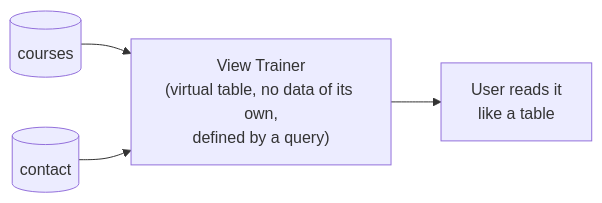
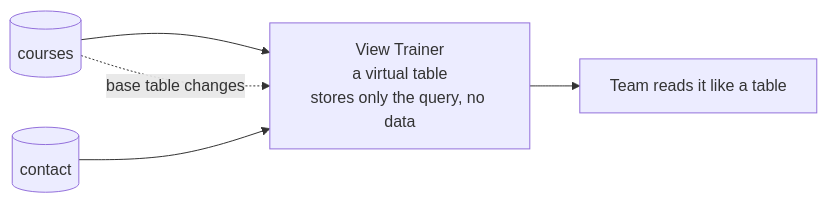
One commit to aaryan-pradhan/core-cs-fundamentals changed the ninth of 9 diagrams in dbms/09-sql.md. Above: the diagram before and after it, drawn with Mermaid. The commit also changed other lines of this file, not shown here.

````diff
--- a/dbms/09-sql.md
+++ b/dbms/09-sql.md
@@ -457,6 +325,7 @@
-   ```mermaid
-   flowchart LR
-     T1[("courses")] --> V["View Trainer<br/>(virtual table, no data of its own,<br/>defined by a query)"]
-     T2[("contact")] --> V
-     V --> U["User reads it<br/>like a table"]
-   ```
+```mermaid
+flowchart LR
+  T1[("courses")] --> V["View Trainer<br/>a virtual table<br/>stores only the query, no data"]
+  T2[("contact")] --> V
+  V --> U["Team reads it like a table"]
+  T1 -.->|"base table changes"| V
+```
````
